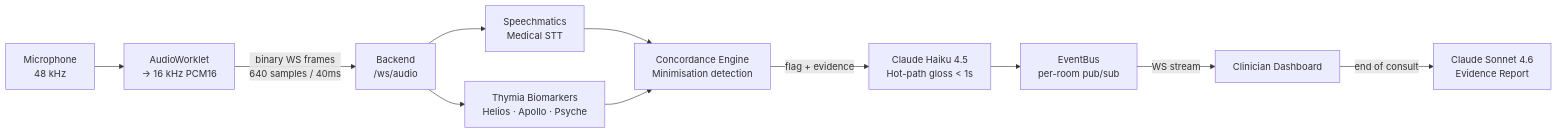
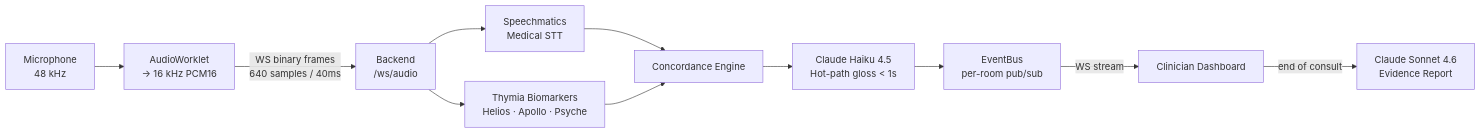
The first of 2 diagrams in README.md (IndigoLuksch/TrueVoice-Voice-AI-Hack), drawn with Mermaid before and after one commit. The commit also changed other lines of this file, not shown here.

````diff
--- a/README.md
+++ b/README.md
@@ -28,17 +24,16 @@
 ```mermaid
 flowchart LR
     MIC["Microphone\n48 kHz"] --> AW["AudioWorklet\n→ 16 kHz PCM16"]
-    AW -->|"binary WS frames\n640 samples / 40ms"| BE["Backend\n/ws/audio"]
+    AW -->|"WS binary frames\n640 samples / 40ms"| BE["Backend\n/ws/audio"]
 
     BE --> STT["Speechmatics\nMedical STT"]
     BE --> BIO["Thymia Biomarkers\nHelios · Apollo · Psyche"]
 
-    STT --> CE["Concordance Engine\nMinimisation detection"]
+    STT --> CE["Concordance Engine"]
     BIO --> CE
 
-    CE -->|"flag + evidence"| CL["Claude Haiku 4.5\nHot-path gloss < 1s"]
+    CE --> CL["Claude Haiku 4.5\nHot-path gloss < 1s"]
     CL --> EB["EventBus\nper-room pub/sub"]
     EB -->|"WS stream"| DASH["Clinician Dashboard"]
-
     DASH -->|"end of consult"| RPT["Claude Sonnet 4.6\nEvidence Report"]
 ```
````
